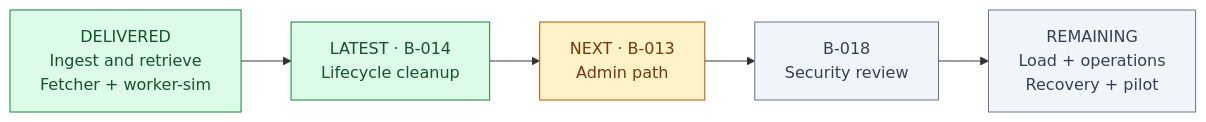
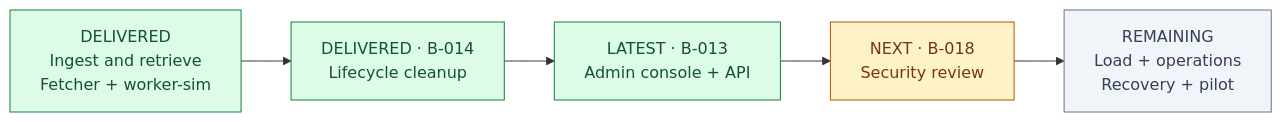
The second of 2 diagrams in docs/OVERVIEW.md (mezanno/prototype_cache), drawn with Mermaid before and after one commit. The commit also changed other lines of this file and 26 other files, not shown here.

Commit message:
feat(admin): implement B-013 operator console and API

````diff
--- a/docs/OVERVIEW.md
+++ b/docs/OVERVIEW.md
@@ -104,14 +104,14 @@
 ```mermaid
 flowchart LR
     core["DELIVERED<br/>Ingest and retrieve<br/>Fetcher + worker-sim"]
-    lifecycle["LATEST · B-014<br/>Lifecycle cleanup"]
-    admin["NEXT · B-013<br/>Admin path"]
-    security["B-018<br/>Security review"]
+    lifecycle["DELIVERED · B-014<br/>Lifecycle cleanup"]
+    admin["LATEST · B-013<br/>Admin console + API"]
+    security["NEXT · B-018<br/>Security review"]
     readiness["REMAINING<br/>Load + operations<br/>Recovery + pilot"]
     core --> lifecycle --> admin --> security --> readiness
     style core fill:#dcfce7,stroke:#15803d,color:#14532d
     style lifecycle fill:#dcfce7,stroke:#15803d,color:#14532d
-    style admin fill:#fef3c7,stroke:#b45309,color:#78350f
-    style security fill:#f1f5f9,stroke:#64748b,color:#334155
+    style admin fill:#dcfce7,stroke:#15803d,color:#14532d
+    style security fill:#fef3c7,stroke:#b45309,color:#78350f
     style readiness fill:#f1f5f9,stroke:#64748b,color:#334155
 ```
````
